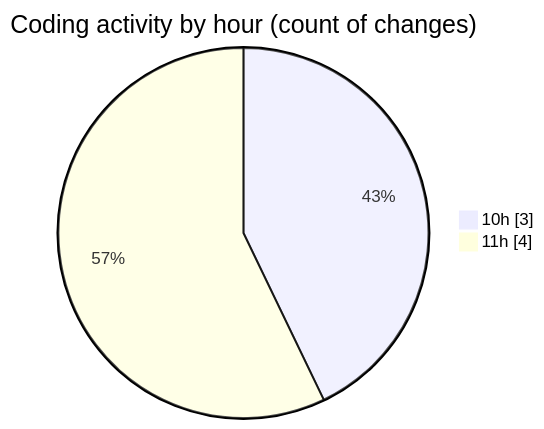
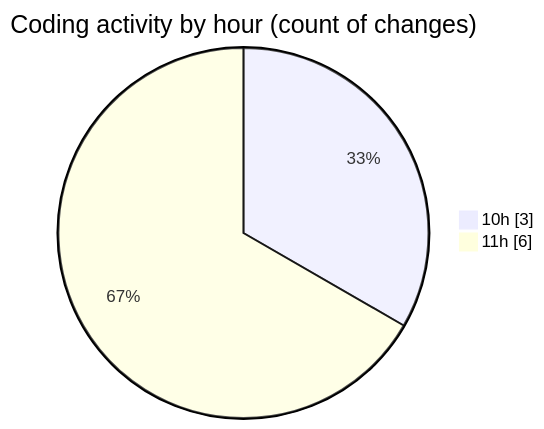
Before and after one commit to charlie-sans/code-tracking: the second of 2 diagrams in 2025-04-28/micro-assembly/README.md, drawn with Mermaid. The commit also changed other lines of this file and 1 other file, not shown here.

````diff
--- a/2025-04-28/micro-assembly/README.md
+++ b/2025-04-28/micro-assembly/README.md
@@ -32,6 +32,6 @@
 ```mermaid
 pie showData
 title Coding activity by hour (count of changes)
 "10h" : 3
-"11h" : 4
+"11h" : 6
 ```
````
